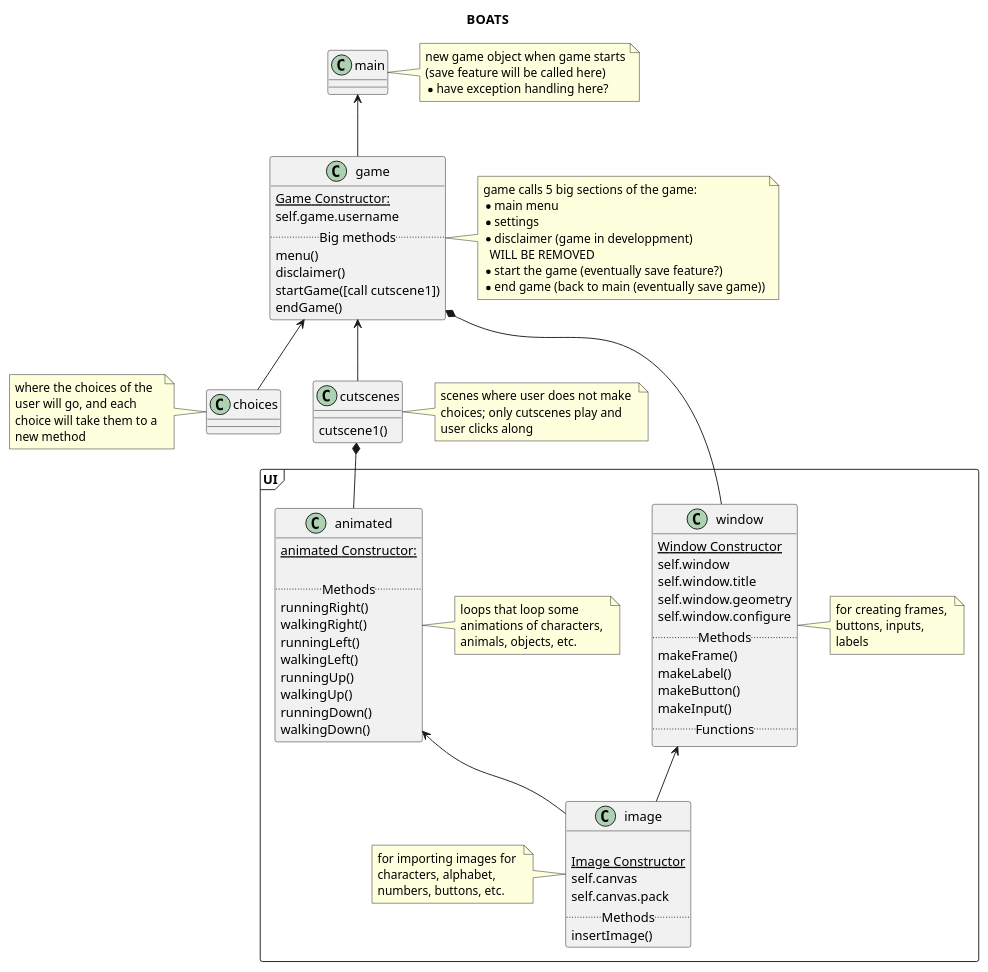
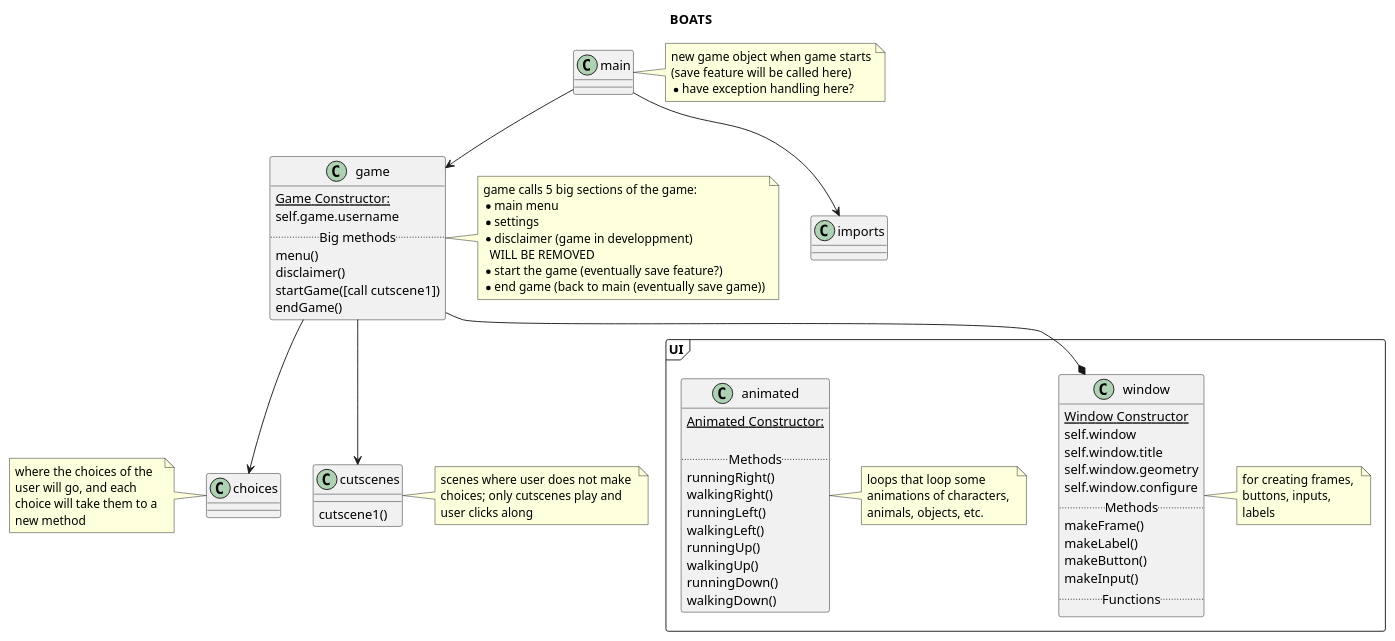
The diagram in map.puml (kbph05/BOATS), drawn with PlantUML before and after one commit. The commit also changed 15 other files, not shown here.

```diff
--- a/map.puml
+++ b/map.puml
@@ -1,119 +1,119 @@
 @startuml map
 title BOATS 
 
 
 class cutscenes {
     cutscene1()
 }
 
 note right of cutscenes
 scenes where user does not make 
 choices; only cutscenes play and
 user clicks along
 end note
 
 
 class main {
 
 }
 note right of main
 new game object when game starts
 (save feature will be called here)
 *have exception handling here?
 end note
 
 class choices {
 
 }
 note left of choices
 where the choices of the 
 user will go, and each 
 choice will take them to a 
 new method
 end note
 
 class game {
     {static} Game Constructor:
         self.game.username
     ..Big methods..
     menu()
     disclaimer()
     startGame([call cutscene1])
     endGame()
 }
 note right of game
 game calls 5 big sections of the game:
 * main menu
 * settings
 * disclaimer (game in developpment) 
   WILL BE REMOVED
 * start the game (eventually save feature?)
 * end game (back to main (eventually save game))
 end note
 
 package UI <<frame>> {
     class window {
         {static} Window Constructor
             self.window
             self.window.title
             self.window.geometry
             self.window.configure
         .. Methods ..
         makeFrame()
         makeLabel()
         makeButton()
         makeInput()
         ..Functions..
     }
 
     note right of window 
     for creating frames, 
     buttons, inputs, 
     labels
     end note
 
-    class image {
-        
-        {static} Image Constructor
-            self.canvas
-            self.canvas.pack
-        .. Methods ..
-        insertImage()
-    }
-    note left of image
-    for importing images for 
-    characters, alphabet, 
-    numbers, buttons, etc.
-    end note
+    ' class image {
+    '     {static} Image Constructor
+    '         self.canvas
+    '         self.canvas.pack
+    '     .. Methods ..
+    '     insertImage()
+    '     alphabet()
+    '     numbers()
+    ' }
+    ' note left of image
+    ' for importing images for 
+    ' characters, alphabet, 
+    ' numbers, buttons, etc.
+    ' end note
 
     class animated {
-        {static} animated Constructor:
-
+        {static} Animated Constructor:
+        
         ..Methods..
         runningRight()
         walkingRight()
         runningLeft()
         walkingLeft()
         runningUp()
         walkingUp()
         runningDown()
         walkingDown()
     }
     note right of animated
     loops that loop some 
     animations of characters, 
     animals, objects, etc.
     end note
 }
-main <-- game 
+main --> game 
+main --> imports
+game --> cutscenes 
 
-game <-- cutscenes 
+' cutscenes --> image
+' animated --> image
+game --> choices 
+game --* window
 
-cutscenes *-- animated
-game <-- choices 
-game *- window
-
-window <-- image
-animated <-- image
 
 @enduml
```
